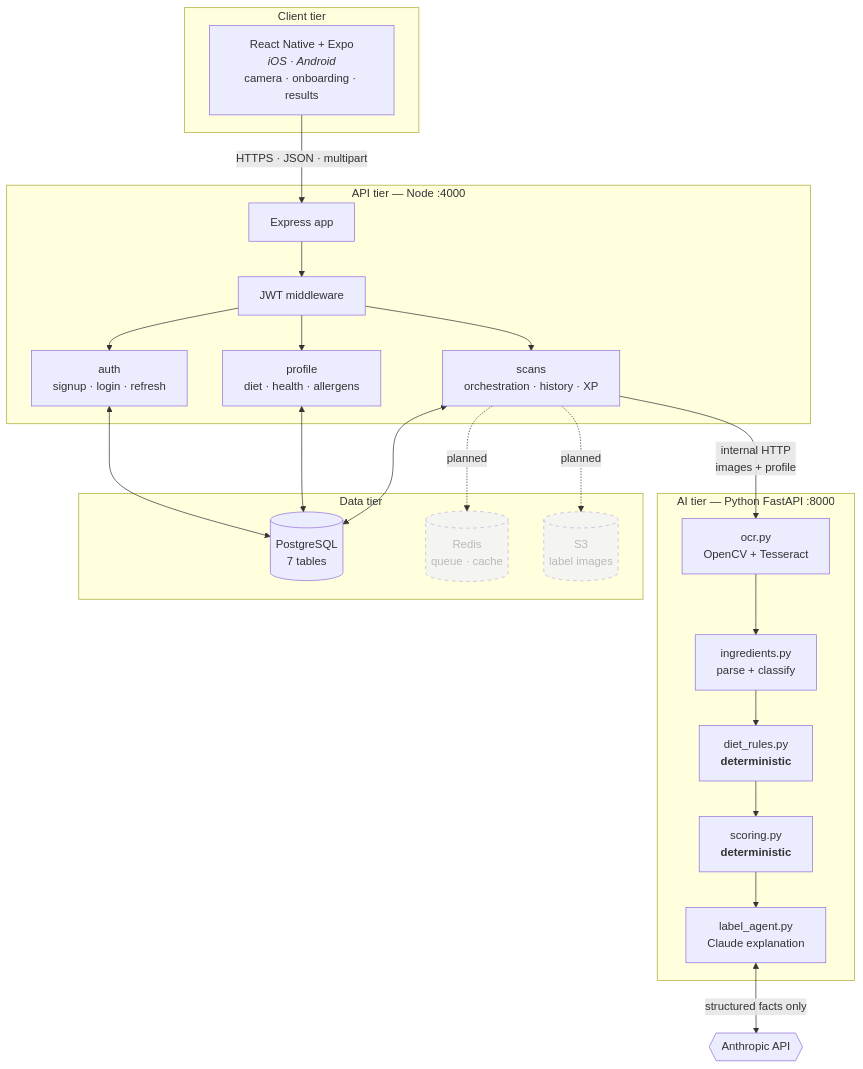
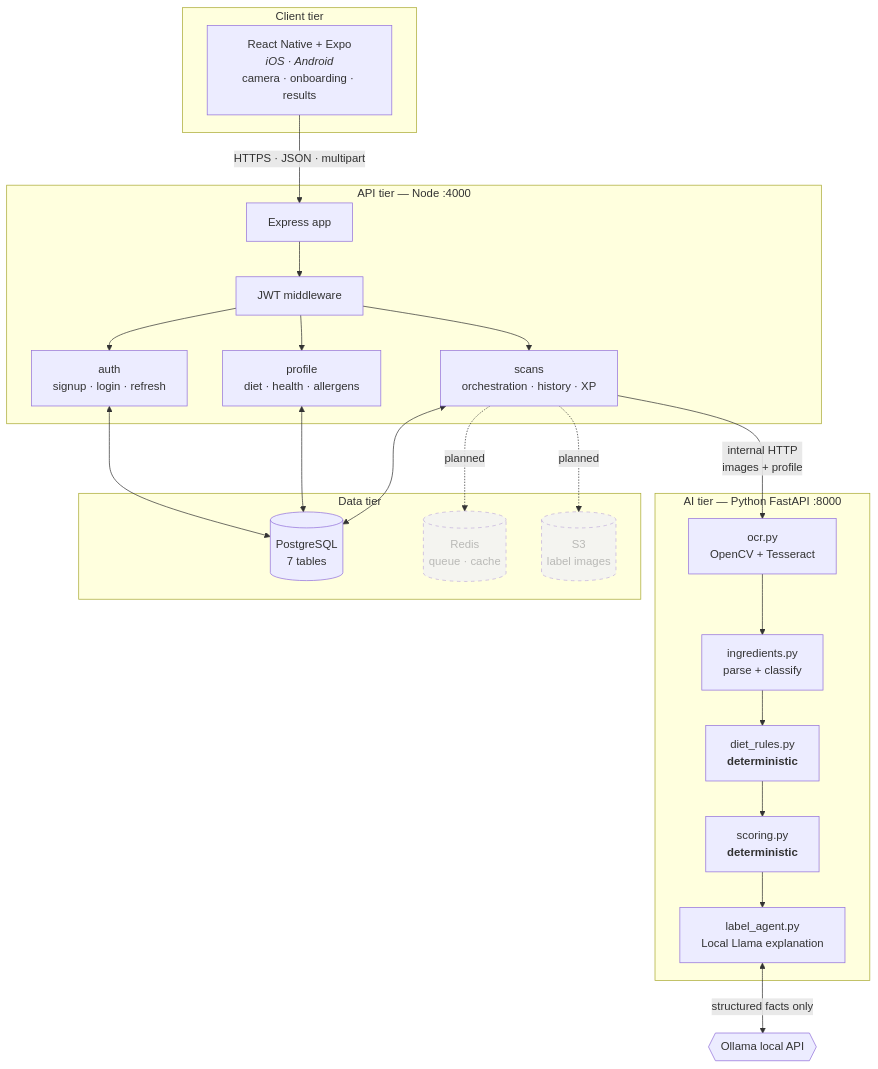
Before and after one commit to dipal0708/ScanBite: the first of 6 diagrams in labelwise-scaffold/labelwise/docs/architecture-diagram.md, drawn with Mermaid. The commit also changed other lines of this file and 8 other files, not shown here.

````diff
--- a/labelwise-scaffold/labelwise/docs/architecture-diagram.md
+++ b/labelwise-scaffold/labelwise/docs/architecture-diagram.md
@@ -11,44 +11,44 @@
 ```mermaid
 flowchart TB
     subgraph client["Client tier"]
         RN["React Native + Expo<br/><i>iOS · Android</i><br/>camera · onboarding · results"]
     end
 
     subgraph gateway["API tier — Node :4000"]
         EX["Express app"]
         AUTH["auth<br/>signup · login · refresh"]
         PROF["profile<br/>diet · health · allergens"]
         SCAN["scans<br/>orchestration · history · XP"]
         JWT["JWT middleware"]
     end
 
     subgraph ai["AI tier — Python FastAPI :8000"]
         OCR["ocr.py<br/>OpenCV + Tesseract"]
         ING["ingredients.py<br/>parse + classify"]
         RULES["diet_rules.py<br/><b>deterministic</b>"]
         SCORE["scoring.py<br/><b>deterministic</b>"]
-        AGENT["label_agent.py<br/>Claude explanation"]
+        AGENT["label_agent.py<br/>Local Llama explanation"]
     end
 
     subgraph data["Data tier"]
         PG[("PostgreSQL<br/>7 tables")]
         REDIS[("Redis<br/>queue · cache")]
         S3[("S3<br/>label images")]
     end
 
-    ANTHROPIC{{"Anthropic API"}}
+    OLLAMA{{"Ollama local API"}}
 
     RN -->|"HTTPS · JSON · multipart"| EX
     EX --> JWT
     JWT --> AUTH & PROF & SCAN
     AUTH & PROF & SCAN <--> PG
     SCAN -->|"internal HTTP<br/>images + profile"| OCR
     OCR --> ING --> RULES --> SCORE --> AGENT
-    AGENT <-->|"structured facts only"| ANTHROPIC
+    AGENT <-->|"structured facts only"| OLLAMA
 
     SCAN -.->|"planned"| REDIS
     SCAN -.->|"planned"| S3
 
     classDef planned stroke-dasharray: 5 5,opacity:0.55
     class REDIS,S3 planned
 ```
````
